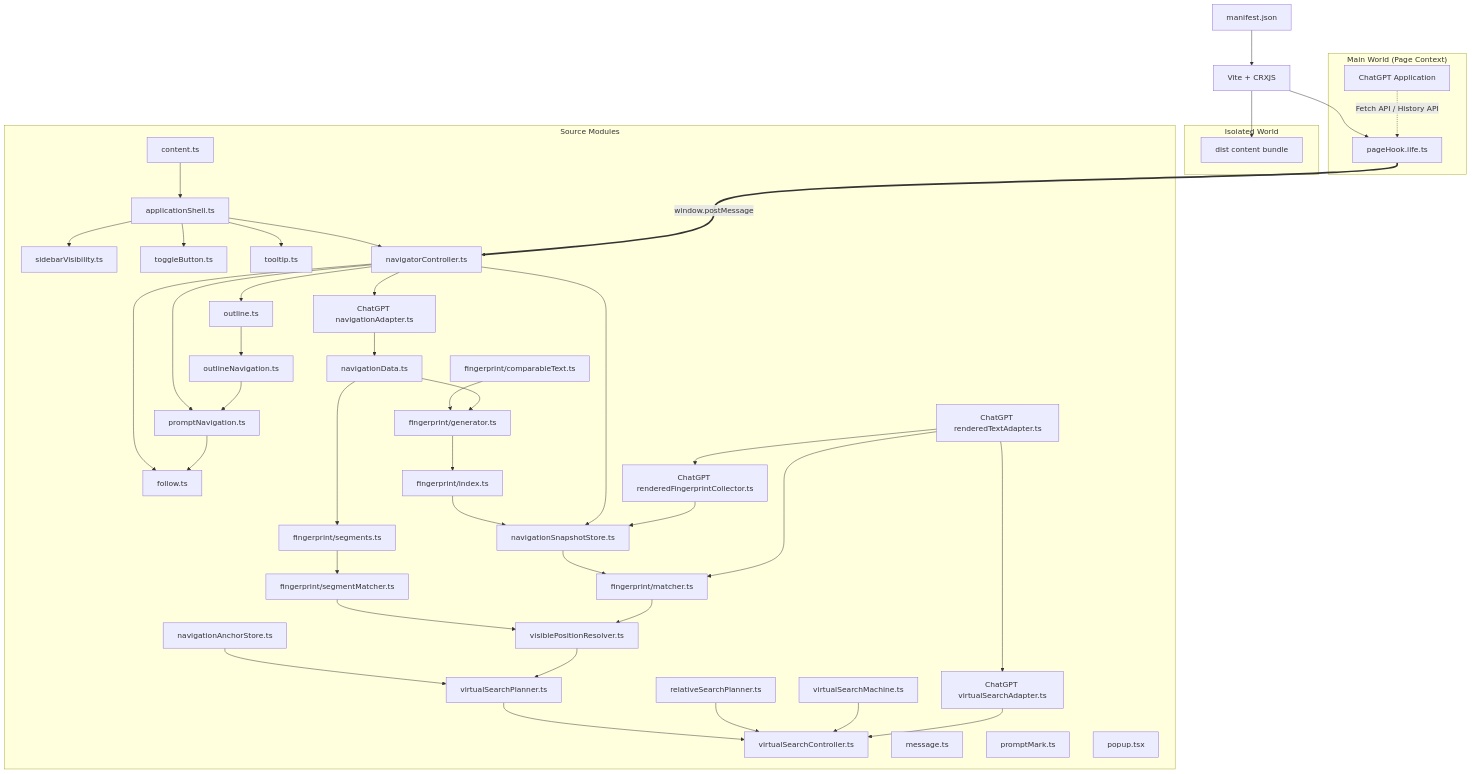
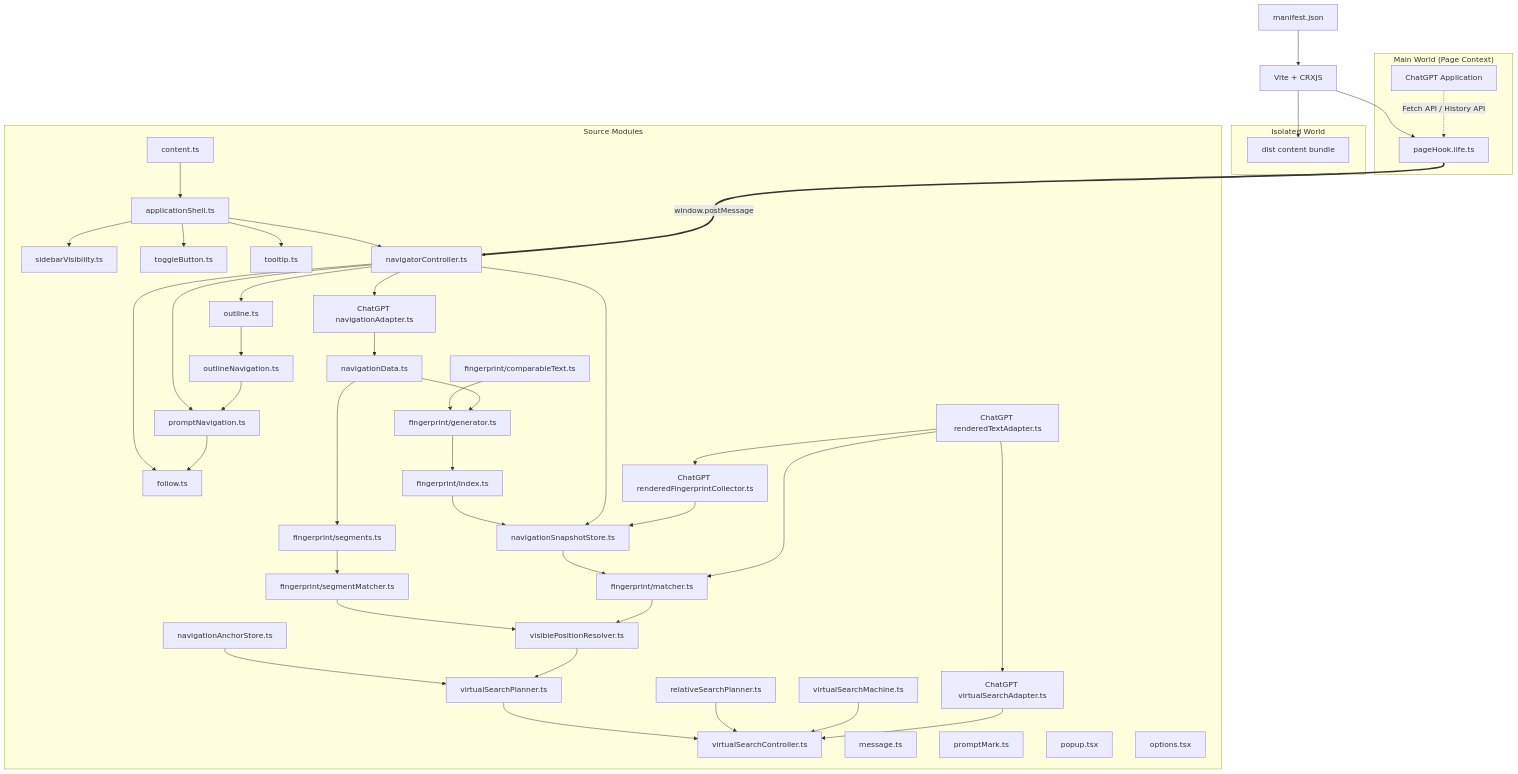
The diagram in docs/ARCHITECTURE.md (Leo7805/luna-toc), drawn with Mermaid before and after one commit. The commit also changed other lines of this file and 23 other files, not shown here.

```diff
--- a/docs/ARCHITECTURE.md
+++ b/docs/ARCHITECTURE.md
@@ -49,6 +49,7 @@
         navigator[navigatorController.ts]
         shell[applicationShell.ts]
         popup[popup.tsx]
+        options[options.tsx]
     end
 
     subgraph isolatedWorld["Isolated World"]
```
